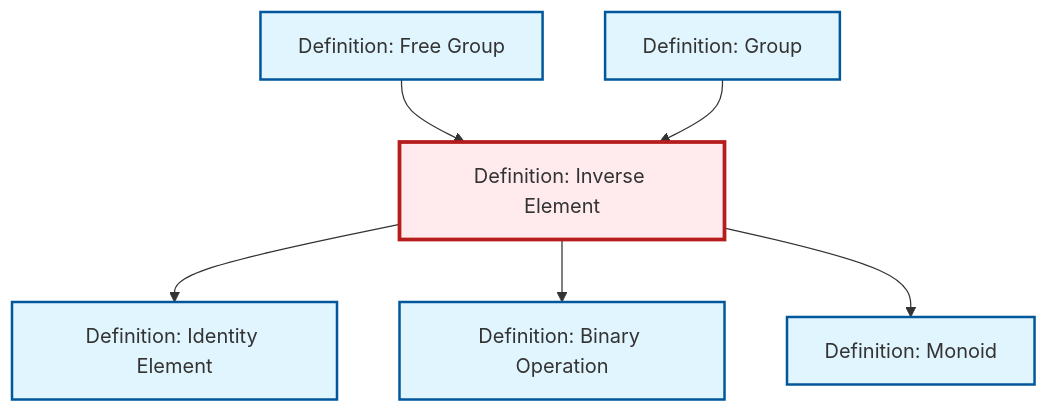
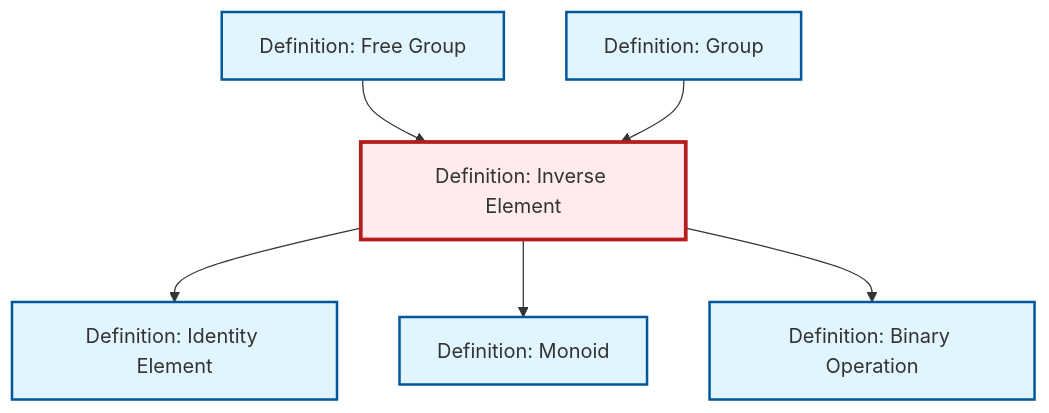
Before and after one commit to RK0429/ModernMath: the diagram in content/en/algebra/def-inverse-element.qmd, drawn with Mermaid. The commit also changed other lines of this file and 672 other files, not shown here.

````diff
--- a/content/en/algebra/def-inverse-element.qmd
+++ b/content/en/algebra/def-inverse-element.qmd
@@ -84,26 +84,26 @@
 ```{mermaid}
 %%| fig-cap: "Local dependency graph"
 graph TD
     classDef definition fill:#e1f5fe,stroke:#01579b,stroke-width:2px
     classDef theorem fill:#f3e5f5,stroke:#4a148c,stroke-width:2px
     classDef axiom fill:#fff3e0,stroke:#e65100,stroke-width:2px
     classDef example fill:#e8f5e9,stroke:#1b5e20,stroke-width:2px
     classDef current fill:#ffebee,stroke:#b71c1c,stroke-width:3px
+    def-inverse-element["Definition: Inverse Element"]:::definition
+    def-binary-operation["Definition: Binary Operation"]:::definition
+    def-monoid["Definition: Monoid"]:::definition
+    def-free-group["Definition: Free Group"]:::definition
     def-identity-element["Definition: Identity Element"]:::definition
-    def-binary-operation["Definition: Binary Operation"]:::definition
-    def-inverse-element["Definition: Inverse Element"]:::definition
-    def-free-group["Definition: Free Group"]:::definition
-    def-monoid["Definition: Monoid"]:::definition
     def-group["Definition: Group"]:::definition
     def-inverse-element --> def-identity-element
     def-free-group --> def-inverse-element
+    def-inverse-element --> def-monoid
     def-inverse-element --> def-binary-operation
-    def-inverse-element --> def-monoid
     def-group --> def-inverse-element
     class def-inverse-element current
+    click def-binary-operation "def-binary-operation.html" "Go to Binary Operation definition"
+    click def-monoid "def-monoid.html" "Go to Monoid definition"
+    click def-free-group "def-free-group.html" "Go to Free Group definition"
     click def-identity-element "def-identity-element.html" "Go to Identity Element definition"
-    click def-binary-operation "def-binary-operation.html" "Go to Binary Operation definition"
-    click def-free-group "def-free-group.html" "Go to Free Group definition"
-    click def-monoid "def-monoid.html" "Go to Monoid definition"
     click def-group "def-group.html" "Go to Group definition"
 ```
````
